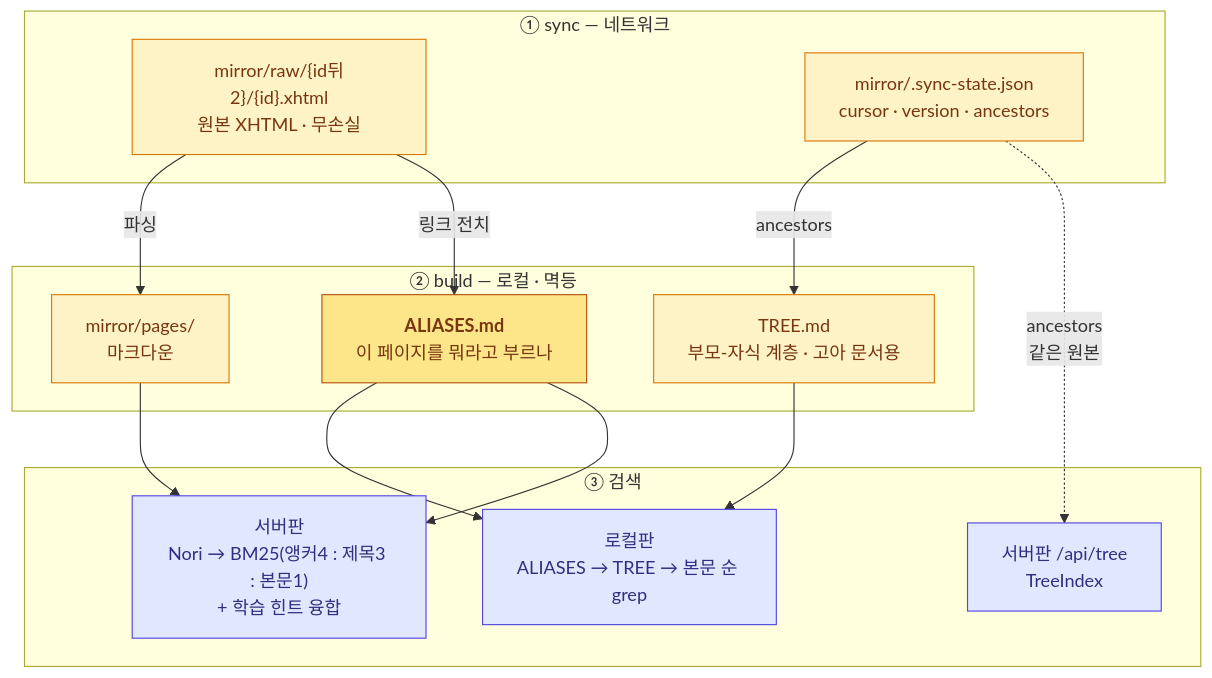
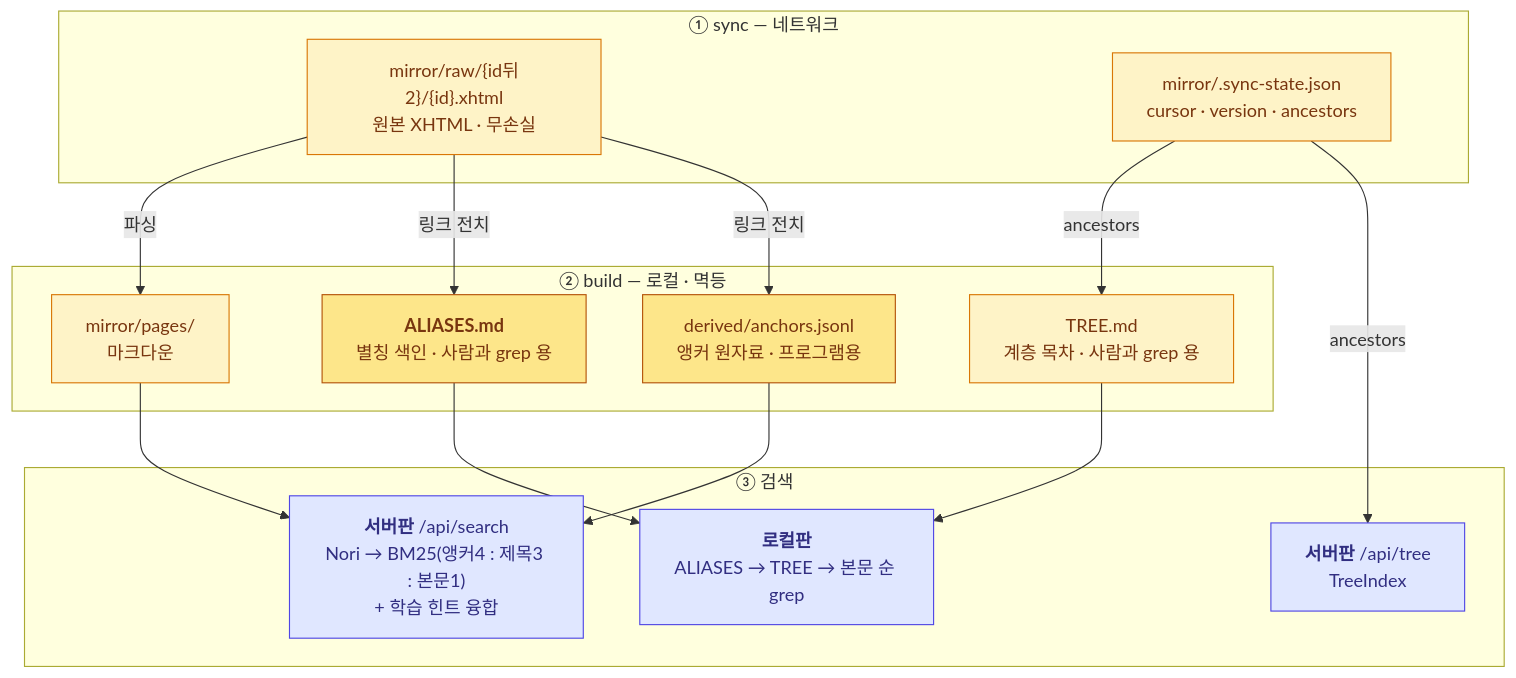
The second of 2 diagrams in README.md (mukansei/wikilens), drawn with Mermaid before and after one commit. The commit also changed other lines of this file, not shown here.

Commit message:
docs: 서버가 읽는 산출물 설명 수정
Asked how the server uses ALIASES.md, the answer turned out to be that it does
not — VaultReader reads derived/anchors.jsonl. Same shape as the TREE.md
correction in the previous commit, and the diagram had it wrong in the same
way, drawing ALIASES.md as feeding the server.

build emits two sets from one source. The markdown — ALIASES.md and TREE.md —
is for a person running grep, and it is what the local version searches.
anchors.jsonl and the ancestors in .sync-state.json are for a program to
index, and that is what the server reads. Neither side is missing anchors or
hierarchy; they consume different renderings of the same data.

anchors.jsonl is now a node in its own right, and the prose says the split
outright so nobody has to infer it from the arrows. Both entries in the
directory table already described the pairing, and architecture.md already
drew DER -->|VaultReader| IDX correctly; the README diagram was the only place
that got it backwards.

````diff
--- a/README.md
+++ b/README.md
@@ -75,35 +75,37 @@
 ```mermaid
 flowchart TB
     subgraph S1["① sync — 네트워크"]
         RAW["mirror/raw/{id뒤2}/{id}.xhtml<br/>원본 XHTML · 무손실"]
         STATE["mirror/.sync-state.json<br/>cursor · version · ancestors"]
     end
 
     subgraph S2["② build — 로컬 · 멱등"]
         PAGES["mirror/pages/<br/>마크다운"]
-        ALIAS["<b>ALIASES.md</b><br/>이 페이지를 뭐라고 부르나"]
-        TREE["TREE.md<br/>부모-자식 계층 · 고아 문서용"]
+        ALIAS["<b>ALIASES.md</b><br/>별칭 색인 · 사람과 grep 용"]
+        TREE["TREE.md<br/>계층 목차 · 사람과 grep 용"]
+        ANCH["derived/anchors.jsonl<br/>앵커 원자료 · 프로그램용"]
     end
 
     subgraph S3["③ 검색"]
-        LQ["로컬판<br/>ALIASES → TREE → 본문 순 grep"]
-        SQ["서버판<br/>Nori → BM25(앵커4 : 제목3 : 본문1)<br/>+ 학습 힌트 융합"]
-        ST["서버판 /api/tree<br/>TreeIndex"]
+        LQ["<b>로컬판</b><br/>ALIASES → TREE → 본문 순 grep"]
+        SQ["<b>서버판</b> /api/search<br/>Nori → BM25(앵커4 : 제목3 : 본문1)<br/>+ 학습 힌트 융합"]
+        ST["<b>서버판</b> /api/tree<br/>TreeIndex"]
     end
 
     RAW -->|파싱| PAGES
     RAW -->|링크 전치| ALIAS
+    RAW -->|링크 전치| ANCH
     STATE -->|ancestors| TREE
     ALIAS --> LQ
     TREE --> LQ
-    ALIAS --> SQ
+    ANCH --> SQ
     PAGES --> SQ
-    STATE -.->|ancestors<br/>같은 원본| ST
+    STATE -->|ancestors| ST
 
     classDef st fill:#fef3c7,stroke:#d97706,color:#78350f
     classDef key fill:#fde68a,stroke:#b45309,color:#78350f
     classDef q fill:#e0e7ff,stroke:#4f46e5,color:#312e81
     class RAW,STATE,PAGES,TREE st
-    class ALIAS key
+    class ALIAS,ANCH key
     class LQ,SQ,ST q
 ```
````
